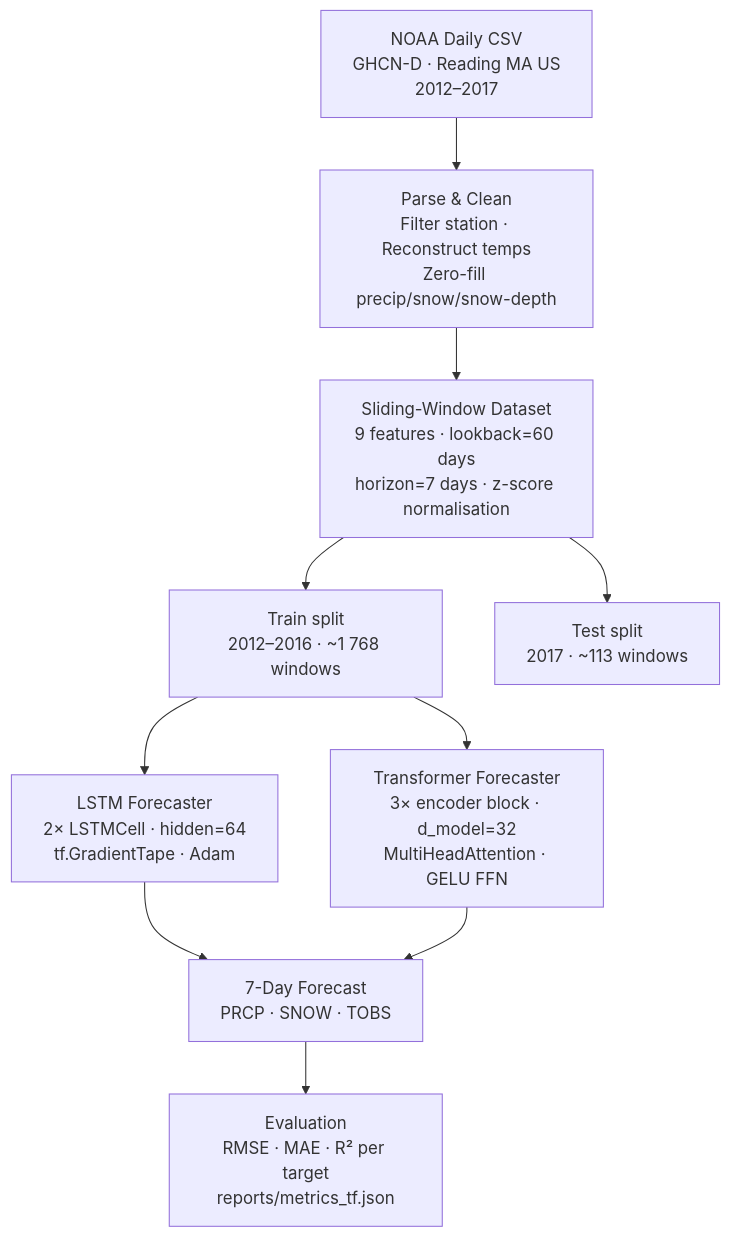
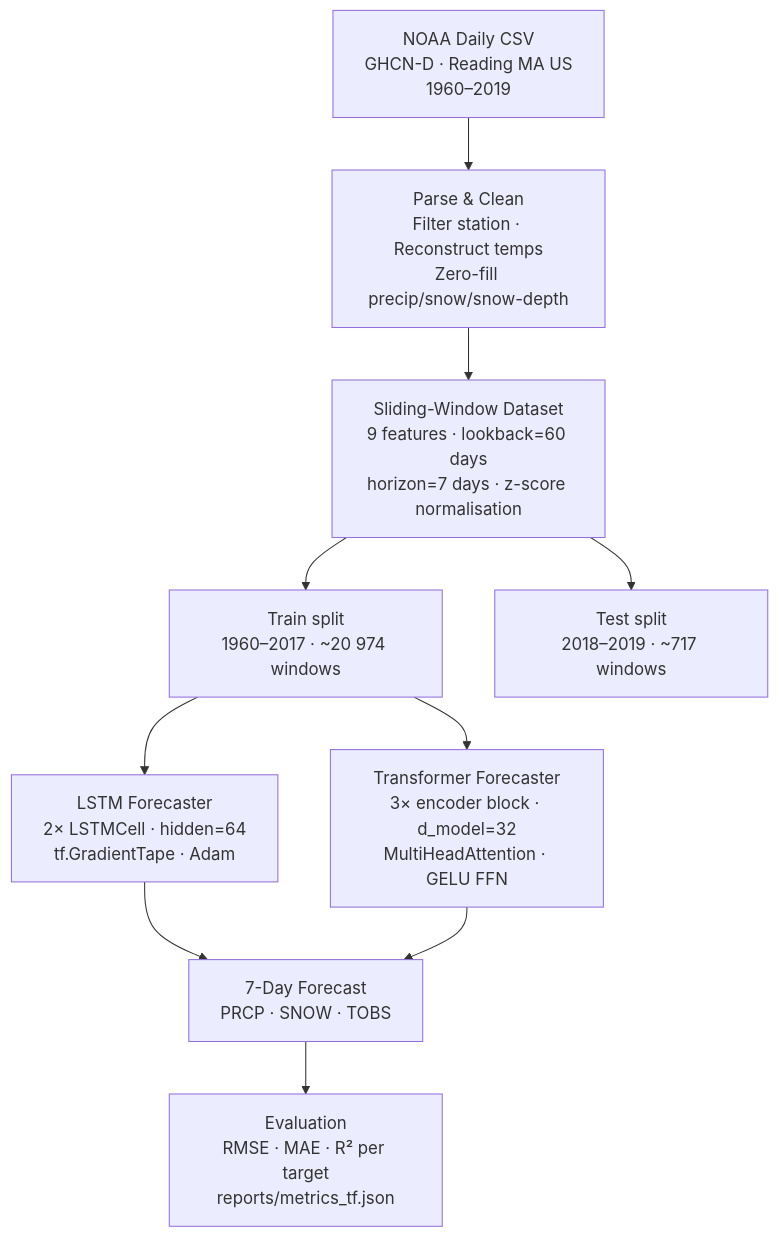
Before and after one commit to czhao-dev/ML-Wearable-Motion-Classifier: the first of 2 diagrams in ml-boston-climate-modeler/README.md, drawn with Mermaid. The commit also changed other lines of this file, not shown here.

````diff
--- a/ml-boston-climate-modeler/README.md
+++ b/ml-boston-climate-modeler/README.md
@@ -100,12 +100,12 @@
 ```mermaid
 flowchart TD
-    A["NOAA Daily CSV\nGHCN-D · Reading MA US\n2012–2017"] --> B["Parse & Clean\nFilter station · Reconstruct temps\nZero-fill precip/snow/snow-depth"]
+    A["NOAA Daily CSV\nGHCN-D · Reading MA US\n1960–2019"] --> B["Parse & Clean\nFilter station · Reconstruct temps\nZero-fill precip/snow/snow-depth"]
     B --> C["Sliding-Window Dataset\n9 features · lookback=60 days\nhorizon=7 days · z-score normalisation"]
-    C --> D["Train split\n2012–2016 · ~1 768 windows"]
-    C --> E["Test split\n2017 · ~113 windows"]
+    C --> D["Train split\n1960–2017 · ~20 974 windows"]
+    C --> E["Test split\n2018–2019 · ~717 windows"]
     D --> F["LSTM Forecaster\n2× LSTMCell · hidden=64\ntf.GradientTape · Adam"]
     D --> G["Transformer Forecaster\n3× encoder block · d_model=32\nMultiHeadAttention · GELU FFN"]
     F --> H["7-Day Forecast\nPRCP · SNOW · TOBS"]
     G --> H
     H --> I["Evaluation\nRMSE · MAE · R² per target\nreports/metrics_tf.json"]
 ```
````
